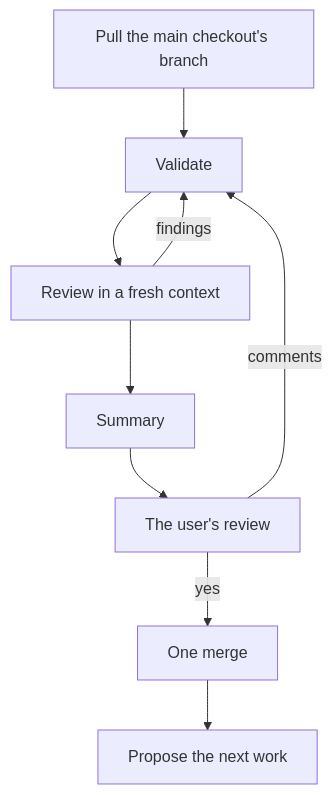
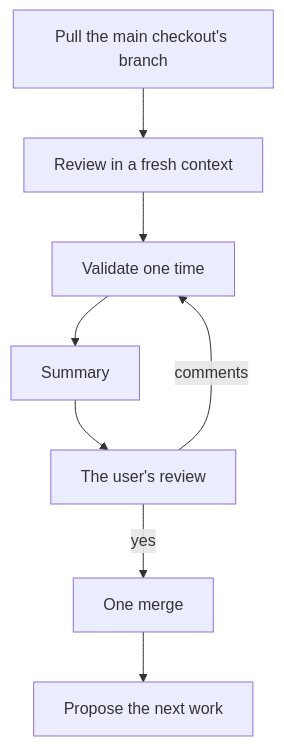
One commit to Konfus-org/Magic changed the diagram in docs/skills/finish/SKILL.md. Above: the diagram before and after it, drawn with Mermaid. The commit also changed other lines of this file and 24 other files, not shown here.

````diff
--- a/docs/skills/finish/SKILL.md
+++ b/docs/skills/finish/SKILL.md
@@ -13,7 +16,7 @@
 ```mermaid
 flowchart TD
-    Pull[Pull the main checkout's branch] --> Validate --> Review[Review in a fresh context] --> Summary --> UserReview[The user's review]
-    Review -- findings --> Validate
+    Pull[Pull the main checkout's branch] --> Review[Review in a fresh context] --> Validate[Validate one time]
+    Validate --> Summary --> UserReview[The user's review]
     UserReview -- comments --> Validate
     UserReview -- yes --> Merge[One merge] --> Next[Propose the next work]
 ```
````
